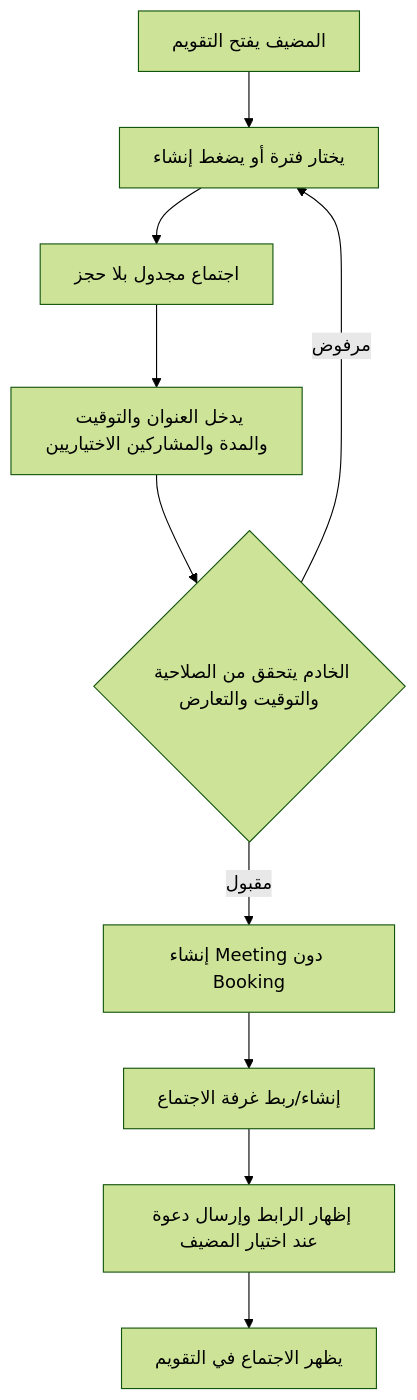
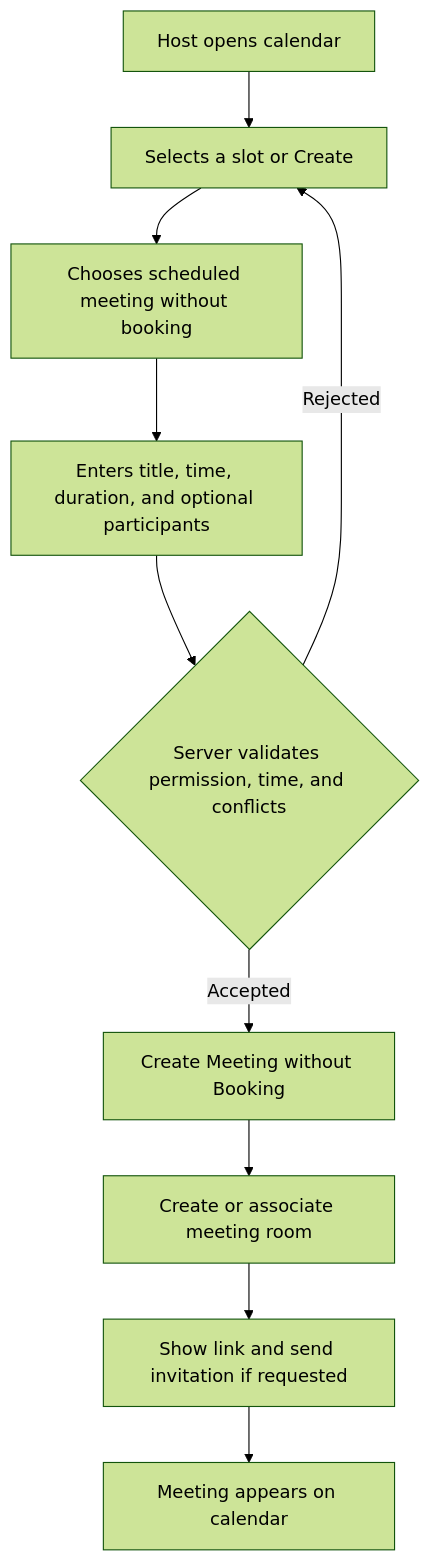
One commit to Naiimbs/Mhaf-live changed the second of 3 diagrams in docs/product-direction-draft.md. Above: the diagram before and after it, drawn with Mermaid (forest theme). The commit also changed other lines of this file and 4 other files, not shown here.

````diff
--- a/docs/product-direction-draft.md
+++ b/docs/product-direction-draft.md
@@ -128,12 +128,12 @@
 ```mermaid
 flowchart TD
-  A[المضيف يفتح التقويم] --> B[يختار فترة أو يضغط إنشاء]
-  B --> C[اجتماع مجدول بلا حجز]
-  C --> D[يدخل العنوان والتوقيت والمدة والمشاركين الاختياريين]
-  D --> E{الخادم يتحقق من الصلاحية والتوقيت والتعارض}
-  E -- مرفوض --> B
-  E -- مقبول --> F[إنشاء Meeting دون Booking]
-  F --> G[إنشاء/ربط غرفة الاجتماع]
-  G --> H[إظهار الرابط وإرسال دعوة عند اختيار المضيف]
-  H --> I[يظهر الاجتماع في التقويم]
+  A[Host opens calendar] --> B[Selects a slot or Create]
+  B --> C[Chooses scheduled meeting without booking]
+  C --> D[Enters title, time, duration, and optional participants]
+  D --> E{Server validates permission, time, and conflicts}
+  E -- Rejected --> B
+  E -- Accepted --> F[Create Meeting without Booking]
+  F --> G[Create or associate meeting room]
+  G --> H[Show link and send invitation if requested]
+  H --> I[Meeting appears on calendar]
 ```
````
